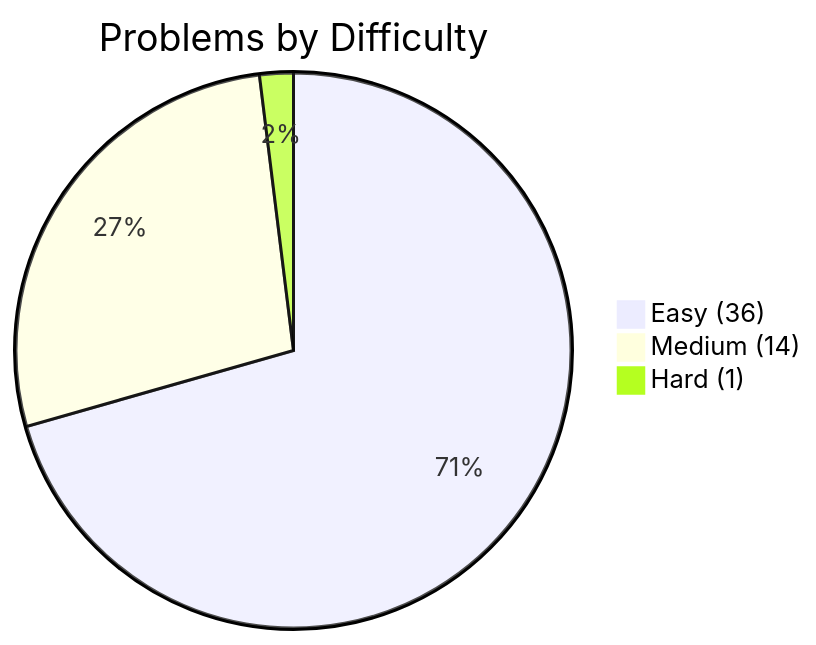
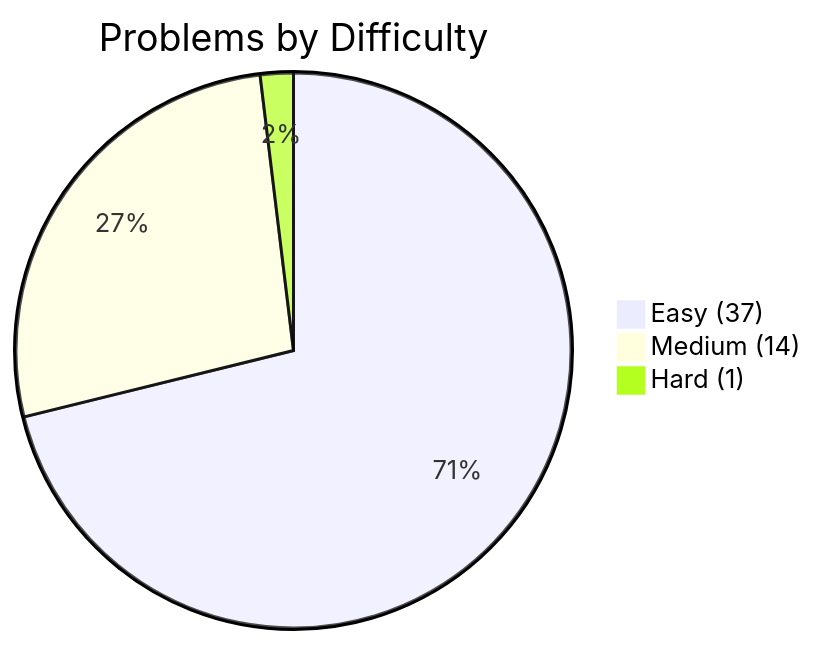
One commit to kanishk-procoder/leetcode-grind changed the first of 2 diagrams in PROGRESS.md. Above: the diagram before and after it, drawn with Mermaid. The commit also changed other lines of this file and 4 other files, not shown here.

````diff
--- a/PROGRESS.md
+++ b/PROGRESS.md
@@ -5,6 +5,6 @@
 ```mermaid
 pie title Problems by Difficulty
-    "Easy (36)" : 36
+    "Easy (37)" : 37
     "Medium (14)" : 14
     "Hard (1)" : 1
 ```
````
